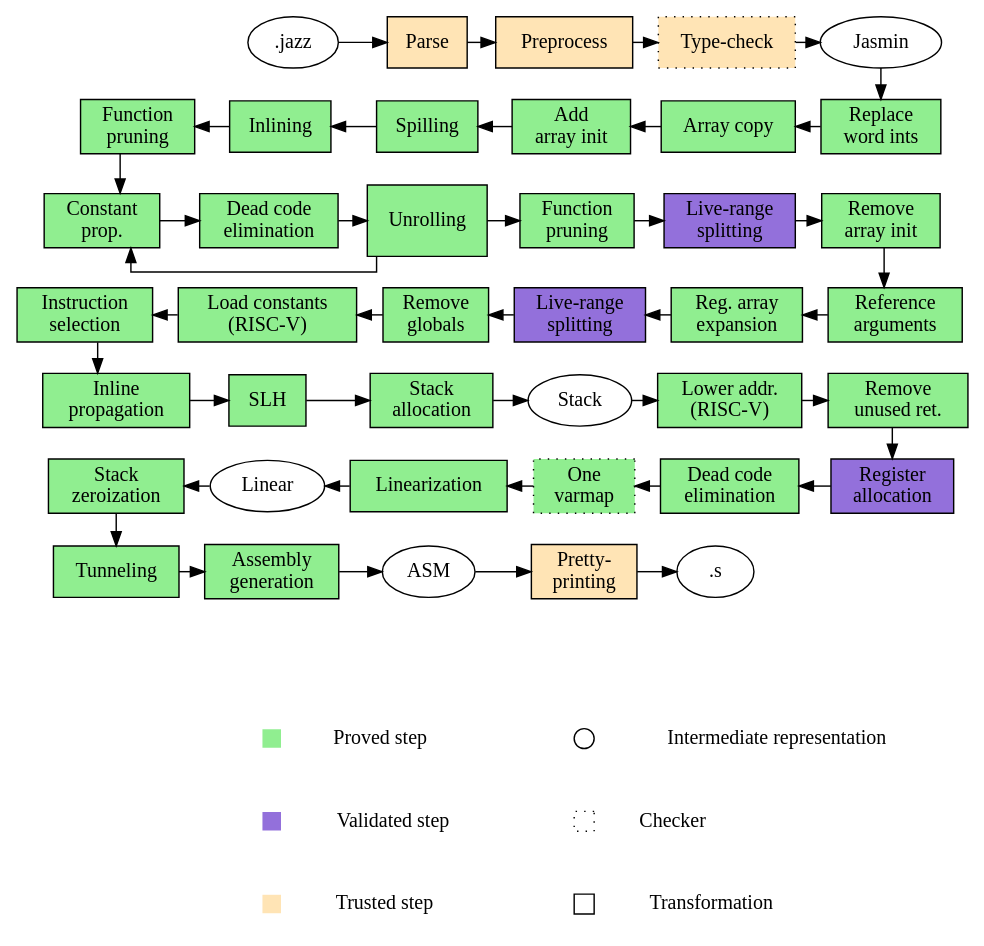
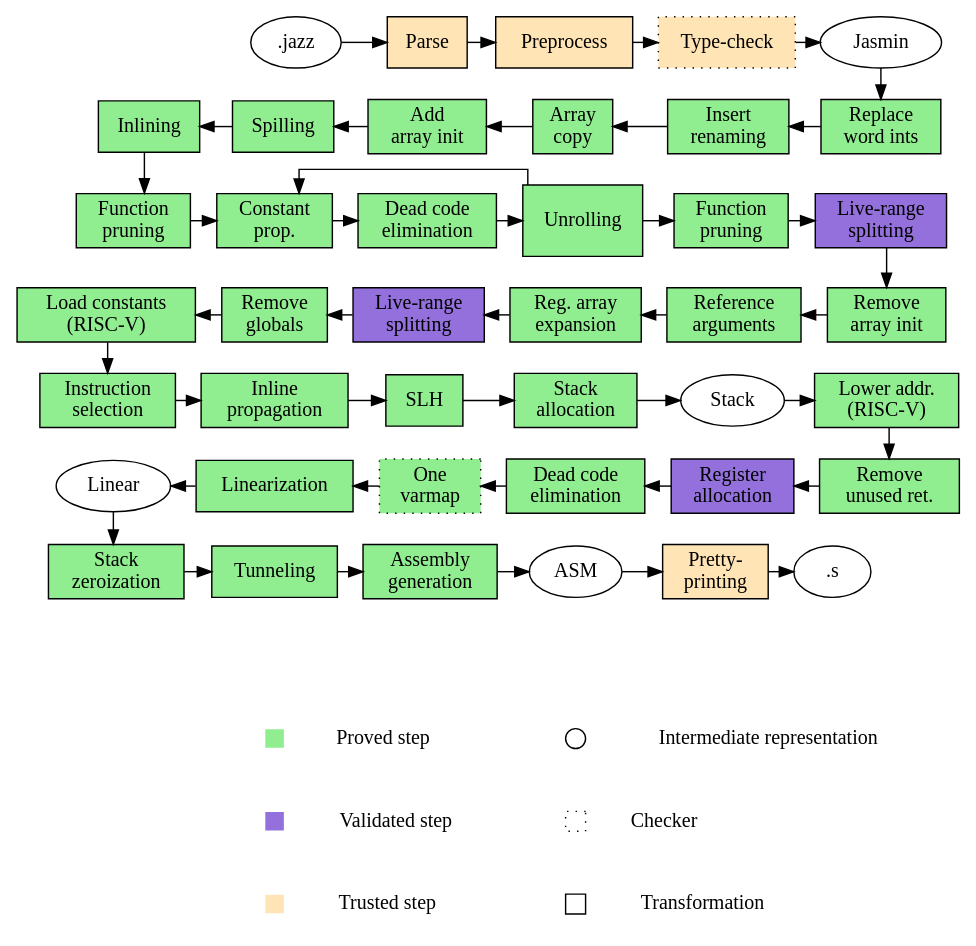
Before and after one commit to jasmin-lang/jasmin: the diagram in docs/source/compiler/passes/passes.dot, drawn with Graphviz. The commit also changed 18 other files, not shown here.

Commit message:
Insert renaming assignments at export function boundaries

```diff
--- a/docs/source/compiler/passes/passes.dot
+++ b/docs/source/compiler/passes/passes.dot
@@ -1,194 +1,195 @@
 digraph {
   ranksep=.3;
   graph [splines=ortho];
   // Disable tooltip by default
   node[shape=box, style=filled, colorscheme=SVG, tooltip=" "];
 
 // Nodes
 jazz[label=".jazz",shape=oval,fillcolor=white];
 parse[label="Parse",fillcolor=moccasin];
 preprocess[label="Preprocess",fillcolor=moccasin];
 typing[label="Type-check",style="filled,dotted",fillcolor=moccasin];
 jasmin[label="Jasmin",shape=oval,fillcolor=white];
 
 wintword[label="Replace\nword ints",fillcolor=lightgreen,href="wint_word.html",target="_top",tooltip="Replace word ints"];
-arraycopy[label="Array copy",fillcolor=lightgreen,href="array_copy.html",target="_top",tooltip="Array copy"];
+renaming[label="Insert\nrenaming",fillcolor=lightgreen,href="insert_renaming.html",target="_top",tooltip="Insert renaming"];
+arraycopy[label="Array\ncopy",fillcolor=lightgreen,href="array_copy.html",target="_top",tooltip="Array copy"];
 addarrinit[label="Add\narray init",fillcolor=lightgreen,href="array_init.html",target="_top",tooltip="Add array init"];
 lowerspill[label="Spilling",fillcolor=lightgreen,href="lower_spill.html",target="_top",tooltip="Lowering of spills"];
 inline[label="Inlining",fillcolor=lightgreen,href="function_inlining.html",target="_top",tooltip="Function inlining"];
+
 rmfunc[label="Function\npruning",fillcolor=lightgreen,href="removal_unused_functions.html",target="_top",tooltip="Function pruning"];
-
 cstprop[label="Constant\nprop.",fillcolor=lightgreen,href="constant_propagation.html",target="_top",tooltip="Constant propagation"];
 dce[label="Dead code\nelimination",fillcolor=lightgreen,href="deadcode_elimination.html",target="_top",tooltip="Dead code elimination"];
 unroll[label="Unrolling",fillcolor=lightgreen, href="loop_unrolling.html",target="_top",tooltip="Loop unrolling"];
 rmfunc2[label="Function\npruning",fillcolor=lightgreen,href="removal_unused_functions.html",target="_top",tooltip="Function pruning"];
 splitting[label="Live-range\nsplitting",fillcolor=mediumpurple,href="liverange_splitting.html",target="_top",tooltip="Live-range splitting"];
+
 rmarrinit[label="Remove\narray init",fillcolor=lightgreen,href="array_init_rm.html",target="_top",tooltip="Remove array init"];
-
 makeref[label="Reference\narguments",fillcolor=lightgreen,href="make_ref_arguments.html",target="_top",tooltip="Make reference arguments"];
 arrexp[label="Reg. array\nexpansion",fillcolor=lightgreen,href="expansion_reg_arrays.html",target="_top",tooltip="Register arrays expansion"];
 splitting2[label="Live-range\nsplitting",fillcolor=mediumpurple,href="liverange_splitting.html",target="_top",tooltip="Live-range splitting"];
 rmglobals[label="Remove\nglobals",fillcolor=lightgreen,href="remove_global.html",target="_top",tooltip="Removal of globals"];
 loadconst[label="Load constants\n(RISC-V)",fillcolor=lightgreen,href="load_constants.html",target="_top",tooltip="Load constants (RISC-V)"];
+
 lowering[label="Instruction\nselection",fillcolor=lightgreen,href="inst_select.html",target="_top",tooltip="Instruction selection"];
-
 propagate[label="Inline\npropagation",fillcolor=lightgreen,href="propagate_inline.html",target="_top",tooltip="Inline propagation"];
 slhlowering[label="SLH",fillcolor=lightgreen,href="lower_slh.html",target="_top",tooltip="Lowering of SLH"];
 stkalloc[label="Stack\nallocation",fillcolor=lightgreen,href="stack_alloc.html",target="_top",tooltip="Stack allocation"];
 stack[label="Stack",shape=oval,fillcolor=white];
 loweraddr[label="Lower addr.\n(RISC-V)",fillcolor=lightgreen,href="lower_addr.html",target="_top",tooltip="Lowering of complex addressing mode (RISC-V)"];
+
 rmreturn[label="Remove\nunused ret.",fillcolor=lightgreen,href="rm_unused_ret_value.html",target="_top",tooltip="Remove unused return values"];
-
 ralloc[label="Register\nallocation",fillcolor=mediumpurple,href="reg_alloc.html",target="_top",tooltip="Register allocation"];
 dce2[label="Dead code\nelimination",fillcolor=lightgreen,href="deadcode_elimination.html",target="_top",tooltip="Dead code elimination"];
 onevarmap[label="One\nvarmap",style="filled,dotted",fillcolor=lightgreen,href="merge_varmaps.html",target="_top",tooltip="One varmap checker"];
 linearization[label="Linearization",fillcolor=lightgreen,href="linearization.html",target="_top",tooltip="Linearization"];
 linear[label="Linear",shape=oval,fillcolor=white];
+
 stackzero[label="Stack\nzeroization",fillcolor=lightgreen,href="stack_zero.html",target="_top",tooltip="Stack zeroization"];
-
 tunnel[label="Tunneling",fillcolor=lightgreen,href="tunneling.html",target="_top",tooltip="Tunneling"];
 asmgen[label="Assembly\ngeneration",fillcolor=lightgreen,href="asm_gen.html",target="_top",tooltip="Assembly generation"];
 asm[label="ASM",shape=oval,fillcolor=white];
 prettyprint[label="Pretty-\nprinting",fillcolor=moccasin];
 asmfile[label=".s",shape=oval,fillcolor=white];
 
 
 // Edges
 subgraph line1 {
   rank=same;
 
   jazz -> parse;
   parse -> preprocess;
   preprocess -> typing;
   typing -> jasmin;
 }
 
 jasmin -> wintword;
 
 subgraph line2 {
   edge[dir=back];
   rank=same;
 
-  rmfunc -> inline;
   inline -> lowerspill;
   lowerspill -> addarrinit;
   addarrinit -> arraycopy;
-  arraycopy -> wintword;
+  arraycopy -> renaming;
+  renaming -> wintword;
 }
 
-rmfunc -> cstprop;
+inline -> rmfunc;
 
 subgraph line3 {
   rank=same;
 
+  rmfunc -> cstprop;
   unroll[height=0.7];
   cstprop -> dce;
   dce -> unroll;
   unroll -> rmfunc2;
   cstprop -> unroll [dir=back];
 
   rmfunc2 -> splitting;
-  splitting -> rmarrinit;
 }
 
-rmarrinit -> makeref;
+splitting -> rmarrinit;
 
 subgraph line4 {
   edge[dir=back];
   rank=same;
 
-  lowering -> loadconst;
   loadconst -> rmglobals;
   rmglobals -> splitting2;
   splitting2 -> arrexp;
   arrexp -> makeref;
+  makeref -> rmarrinit;
 }
 
-lowering -> propagate;
+loadconst -> lowering;
 
 subgraph line5 {
   rank=same;
 
+  lowering -> propagate;
   propagate -> slhlowering;
   slhlowering -> stkalloc;
   stkalloc -> stack;
   stack -> loweraddr;
-  loweraddr -> rmreturn;
 }
 
-rmreturn -> ralloc;
+loweraddr -> rmreturn;
 
 subgraph line6 {
   rank=same;
   edge[dir=back];
 
-  stackzero -> linear;
   linear -> linearization;
   linearization -> onevarmap;
   onevarmap -> dce2;
   dce2 -> ralloc;
+  ralloc -> rmreturn;
 }
 
-stackzero -> tunnel;
+linear -> stackzero;
 
 subgraph line7 {
   rank=same;
 
+  stackzero -> tunnel;
   tunnel -> asmgen;
   asmgen -> asm;
   asm -> prettyprint;
   prettyprint -> asmfile;
 }
 
 subgraph caption {
   node[color=white,fillcolor=white];
 
   proved[label="",fillcolor=lightgreen,fixedsize=shape,width=0.2,height=0.2];
   provedlbl[label="Proved step"];
   validated[label="",fillcolor=mediumpurple,fixedsize=shape,width=0.2,height=0.2];
   validatedlbl[label="Validated step"];
   trusted[label="",fillcolor=moccasin,fixedsize=shape,width=0.2,height=0.2];
   trustedlbl[label="Trusted step"];
 
   intermediate[label="",shape=oval,color=black,fixedsize=shape,label="",width=0.2,height=0.2];
   intermediatelbl[label="Intermediate representation"];
   checker[label="",style=dotted,color=black,fixedsize=shape,label="",width=0.2,height=0.2];
   checkerlbl[label="Checker"];
   transformation[label="",color=black,fixedsize=shape,width=0.2,height=0.2];
   transformationlbl[label="Transformation"];
 
   edge[style=invis];
   { rank=same; proved -> provedlbl; intermediate -> intermediatelbl; }
   proved -> validated;
   intermediate -> checker;
   { rank=same; validated -> validatedlbl; checker -> checkerlbl; }
   validated -> trusted;
   checker -> transformation;
   { rank=same; trusted -> trustedlbl; transformation -> transformationlbl; }
 }
 
 // Hacks to make the graph prettier
 edge[style=invis];
 
 // This better aligns the blocks
-cstprop -> lowering;
-propagate -> stackzero;
-jazz -> inline -> dce -> loadconst -> slhlowering -> linear -> asmgen;
-parse -> lowerspill -> unroll -> rmglobals -> stkalloc -> linearization -> asm;
-preprocess -> addarrinit -> rmfunc2 -> splitting2 -> stack -> onevarmap -> prettyprint;
-typing -> arraycopy -> splitting -> arrexp -> loweraddr -> dce2 -> asmfile;
-wintword -> rmarrinit;
-makeref -> rmreturn;
+rmfunc -> loadconst;
+jazz -> lowerspill -> cstprop -> rmglobals -> propagate -> linearization -> tunnel;
+parse -> addarrinit -> dce -> splitting2 -> slhlowering -> onevarmap -> asmgen;
+preprocess -> arraycopy -> unroll -> arrexp -> stkalloc -> dce2 -> asm;
+typing -> renaming -> rmfunc2 -> makeref -> stack -> ralloc -> prettyprint;
+wintword -> splitting;
+rmarrinit -> loweraddr;
 
 // This puts the caption below the graph
 proved0[style=invis];
-asmgen -> proved0 -> proved;
+tunnel -> proved0 -> proved;
 intermediate0[style=invis];
-prettyprint -> intermediate0 -> intermediate;
+asm -> intermediate0 -> intermediate;
 
 // The 2 following lines allow the loop back from unroll to cstprop
 // to be above instead of below the second line.
-cstprop -> lowering;
-cstprop -> lowering;
+cstprop -> rmglobals;
+cstprop -> rmglobals;
 
 }
```
